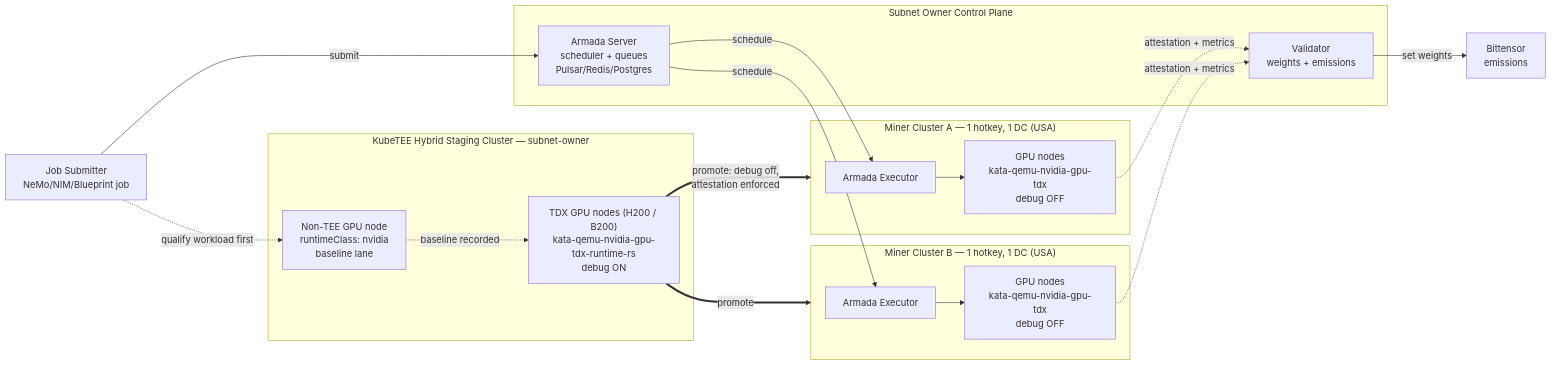
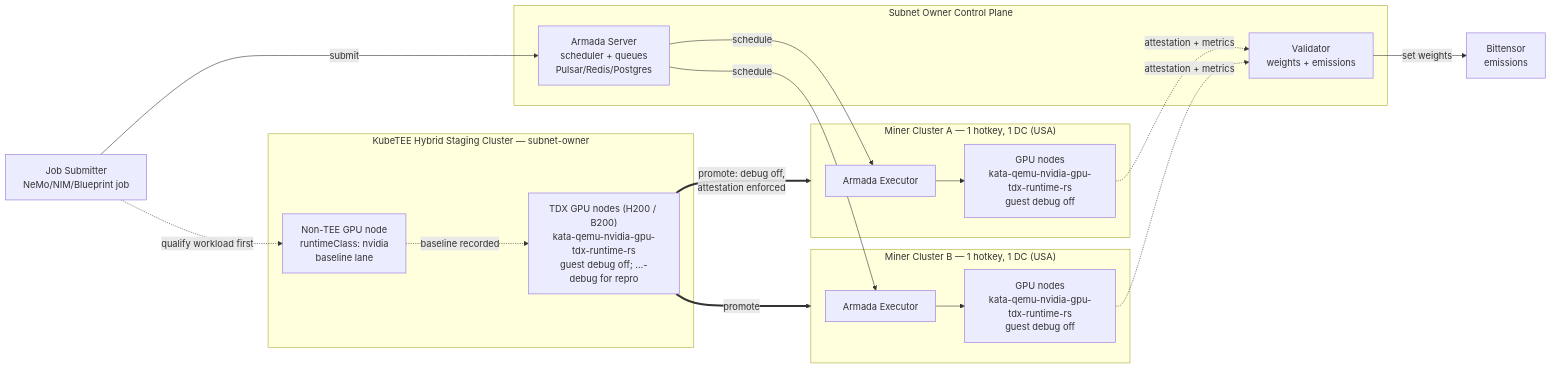
The second of 3 diagrams in README.md (KubeTEE-AI/kubetee-subnet), drawn with Mermaid before and after one commit. The commit also changed other lines of this file and 3 other files, not shown here.

First line of the commit message:
docs(subnet): grey-cloud LiteLLM TEE, production RuntimeClasses, Trustee

````diff
--- a/README.md
+++ b/README.md
@@ -307,31 +307,31 @@
 ```mermaid
 flowchart LR
     subgraph owner["Subnet Owner Control Plane"]
         Validator["Validator\nweights + emissions"]
         ArmadaServer["Armada Server\nscheduler + queues\nPulsar/Redis/Postgres"]
     end
     subgraph staging["KubeTEE Hybrid Staging Cluster — subnet-owner"]
         NodeNonTEE["Non-TEE GPU node\nruntimeClass: nvidia\nbaseline lane"]
-        NodeTEE["TDX GPU nodes (H200 / B200)\nkata-qemu-nvidia-gpu-tdx-runtime-rs\ndebug ON"]
+        NodeTEE["TDX GPU nodes (H200 / B200)<br/>kata-qemu-nvidia-gpu-tdx-runtime-rs<br/>guest debug off; …-debug for repro"]
     end
     subgraph clusterA["Miner Cluster A — 1 hotkey, 1 DC (USA)"]
         ExecA["Armada Executor"]
-        NodeA["GPU nodes\nkata-qemu-nvidia-gpu-tdx\ndebug OFF"]
+        NodeA["GPU nodes\nkata-qemu-nvidia-gpu-tdx-runtime-rs\nguest debug off"]
     end
     subgraph clusterB["Miner Cluster B — 1 hotkey, 1 DC (USA)"]
         ExecB["Armada Executor"]
-        NodeB["GPU nodes\nkata-qemu-nvidia-gpu-tdx\ndebug OFF"]
+        NodeB["GPU nodes\nkata-qemu-nvidia-gpu-tdx-runtime-rs\nguest debug off"]
     end
     Client["Job Submitter\nNeMo/NIM/Blueprint job"] -->|submit| ArmadaServer
     Client -.->|"qualify workload first"| NodeNonTEE
     NodeNonTEE -.->|"baseline recorded"| NodeTEE
     NodeTEE == "promote: debug off,\nattestation enforced" ==> clusterA
     NodeTEE == "promote" ==> clusterB
     ArmadaServer -->|schedule| ExecA
     ArmadaServer -->|schedule| ExecB
     ExecA --> NodeA
     ExecB --> NodeB
     NodeA -.->|attestation + metrics| Validator
     NodeB -.->|attestation + metrics| Validator
     Validator -->|set weights| Chain["Bittensor\nemissions"]
 ```
````
